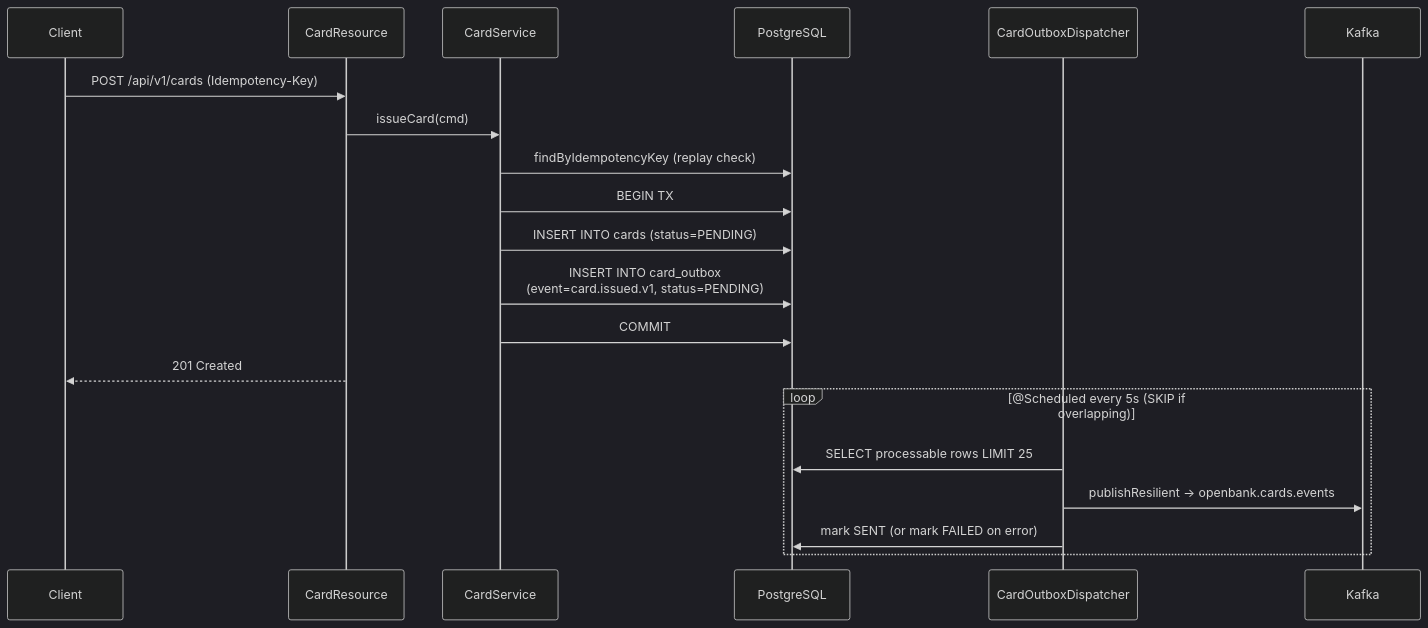
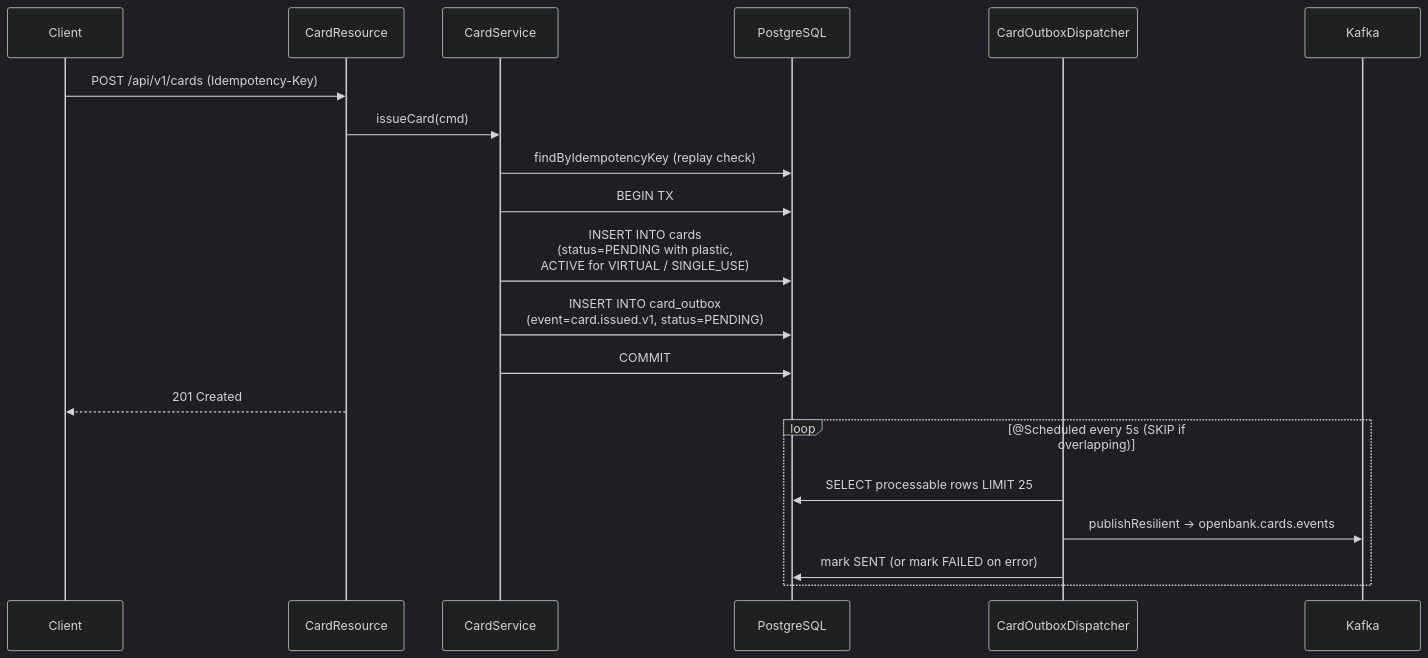
Before and after one commit to JiRaska/open-bank-oss: the third of 3 diagrams in openbank-card-issuance-service/src/main/resources/docs/02-architecture.en.md, drawn with Mermaid (dark theme). The commit also changed 16 other files, not shown here.

First line of the commit message:
fix(cards): issue virtual cards ACTIVE and backfill the vault for pre-ADR-0194 cards

````diff
--- a/openbank-card-issuance-service/src/main/resources/docs/02-architecture.en.md
+++ b/openbank-card-issuance-service/src/main/resources/docs/02-architecture.en.md
@@ -81,24 +81,24 @@
 ```mermaid
 sequenceDiagram
   participant C as Client
   participant R as CardResource
   participant S as CardService
   participant DB as PostgreSQL
   participant D as CardOutboxDispatcher
   participant K as Kafka
 
   C->>R: POST /api/v1/cards (Idempotency-Key)
   R->>S: issueCard(cmd)
   S->>DB: findByIdempotencyKey (replay check)
   S->>DB: BEGIN TX
-  S->>DB: INSERT INTO cards (status=PENDING)
+  S->>DB: INSERT INTO cards<br/>(status=PENDING with plastic,<br/>ACTIVE for VIRTUAL / SINGLE_USE)
   S->>DB: INSERT INTO card_outbox<br/>(event=card.issued.v1, status=PENDING)
   S->>DB: COMMIT
   R-->>C: 201 Created
 
   loop @Scheduled every 5s (SKIP if overlapping)
     D->>DB: SELECT processable rows LIMIT 25
     D->>K: publishResilient → openbank.cards.events
     D->>DB: mark SENT (or mark FAILED on error)
   end
 ```
````
